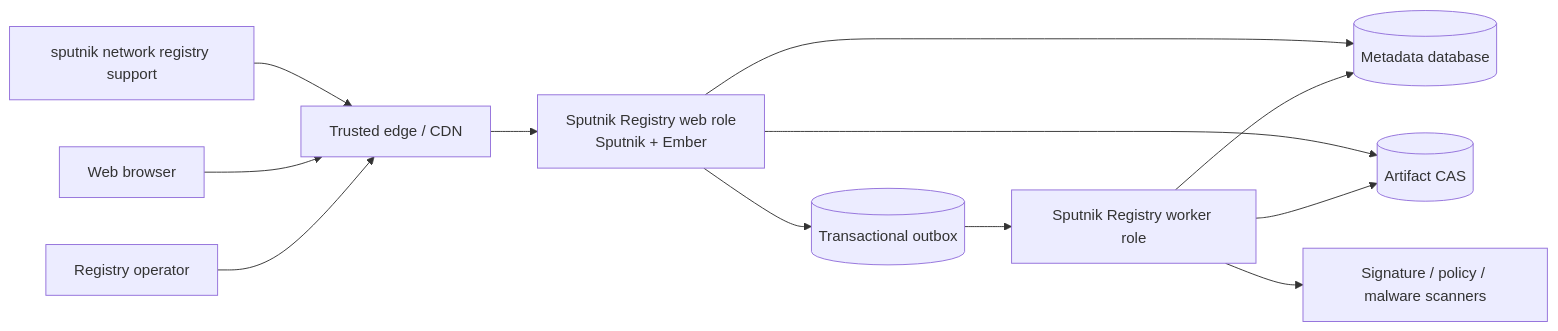
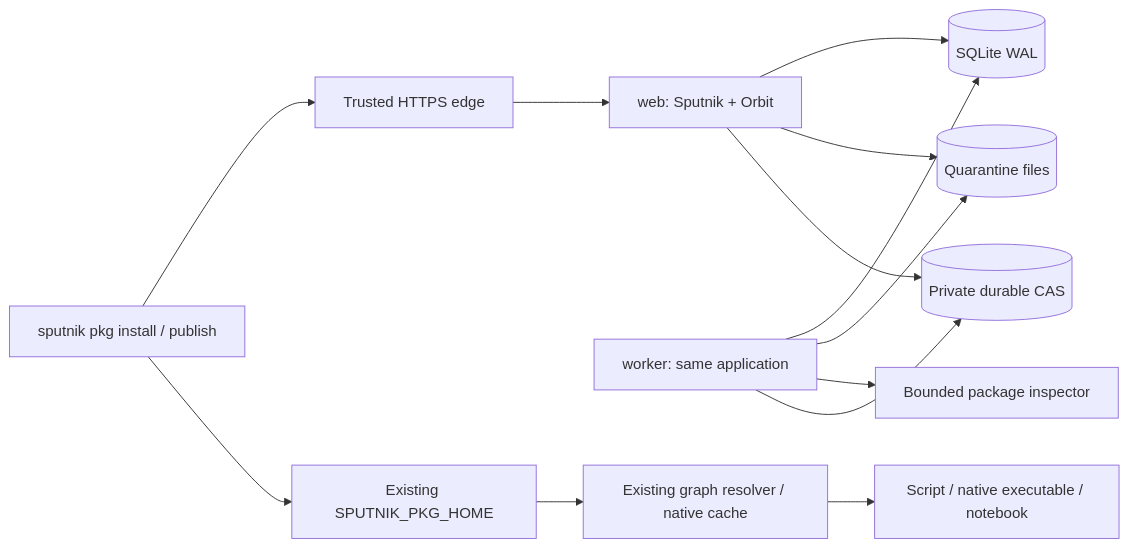
One commit to orlando-labs/sputnik-registry changed the first of 2 diagrams in docs/ARCHITECTURE.md. Above: the diagram before and after it, drawn with Mermaid. The commit also changed other lines of this file and 121 other files, not shown here.

First line of the commit message:
Implement scoped package registry and native artifact distribution

````diff
--- a/docs/ARCHITECTURE.md
+++ b/docs/ARCHITECTURE.md
@@ -28,14 +11,15 @@
 ```mermaid
 flowchart LR
-    CLI["sputnik network registry support"] --> Edge["Trusted edge / CDN"]
-    Browser["Web browser"] --> Edge
-    Admin["Registry operator"] --> Edge
-    Edge --> Web["Sputnik Registry web role<br/>Sputnik + Ember"]
-    Web --> DB[("Metadata database")]
-    Web --> Blob[("Artifact CAS")]
-    Web --> Outbox[("Transactional outbox")]
-    Worker["Sputnik Registry worker role"] --> DB
-    Worker --> Blob
-    Worker --> Scanner["Signature / policy / malware scanners"]
-    Outbox --> Worker
+  CLI["sputnik pkg install / publish"] --> E["Trusted HTTPS edge"]
+  E --> W["web: Sputnik + Orbit"]
+  W --> DB[("SQLite WAL")]
+  W --> Q[("Quarantine files")]
+  J["worker: same application"] --> DB
+  J --> Q
+  J --> I["Bounded package inspector"]
+  J --> CAS[("Private durable CAS")]
+  W --> CAS
+  CLI --> H["Existing SPUTNIK_PKG_HOME"]
+  H --> R["Existing graph resolver / native cache"]
+  R --> APP["Script / native executable / notebook"]
 ```
````
